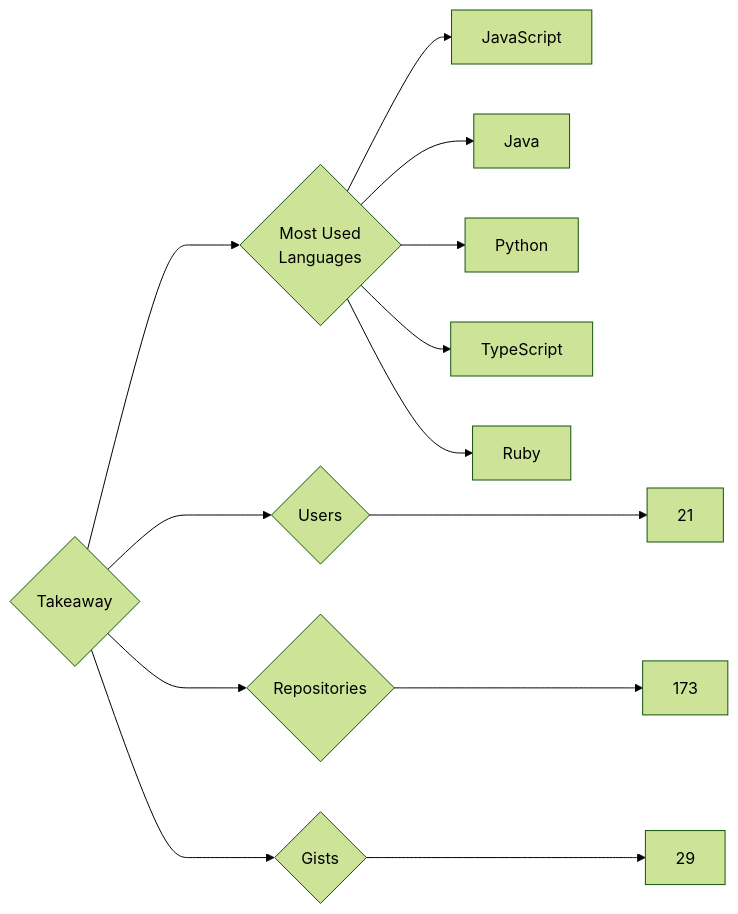
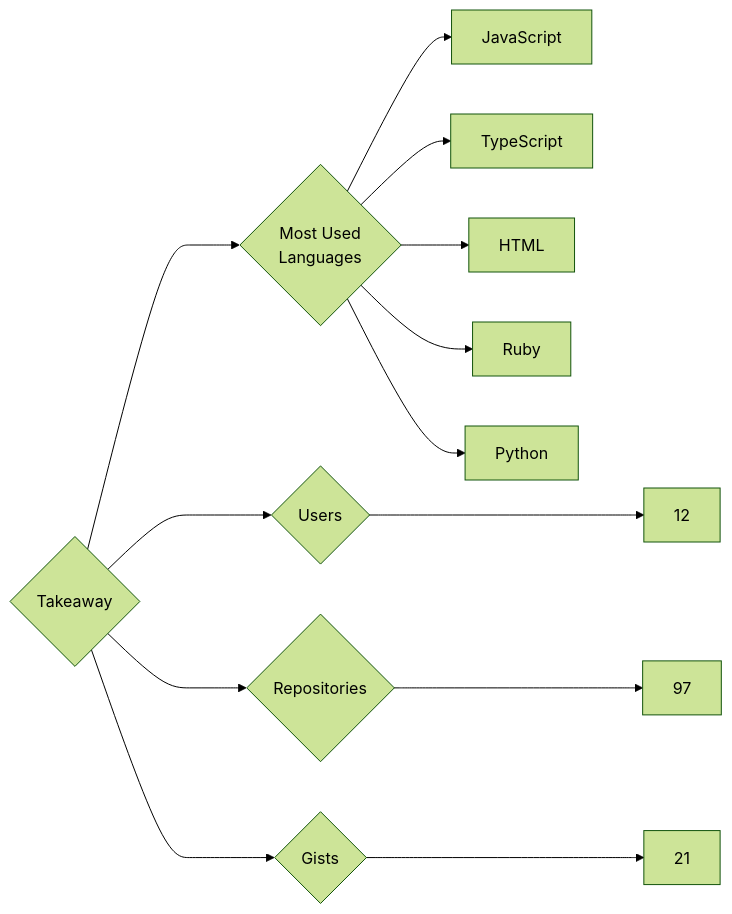
The diagram in targets/Takeaway/README.md (trickest/insiders), drawn with Mermaid (forest theme) before and after one commit. The commit also changed 995 other files, not shown here.

````diff
--- a/targets/Takeaway/README.md
+++ b/targets/Takeaway/README.md
@@ -3,13 +3,13 @@
 ```mermaid
 graph LR
 COMPANY_NAME{Takeaway}
-COMPANY_NAME ---> U{Users} ---> UN[21]
-COMPANY_NAME ---> R{Repositories} ---> RN[173]
-COMPANY_NAME ---> G{Gists} ---> GN[29]
+COMPANY_NAME ---> U{Users} ---> UN[12]
+COMPANY_NAME ---> R{Repositories} ---> RN[97]
+COMPANY_NAME ---> G{Gists} ---> GN[21]
 COMPANY_NAME ---> ML{Most Used<br>Languages}
 ML --> JavaScript[JavaScript]
-ML --> Java[Java]
+ML --> TypeScript[TypeScript]
+ML --> HTML[HTML]
+ML --> Ruby[Ruby]
 ML --> Python[Python]
-ML --> TypeScript[TypeScript]
-ML --> Ruby[Ruby]
 ```
````
